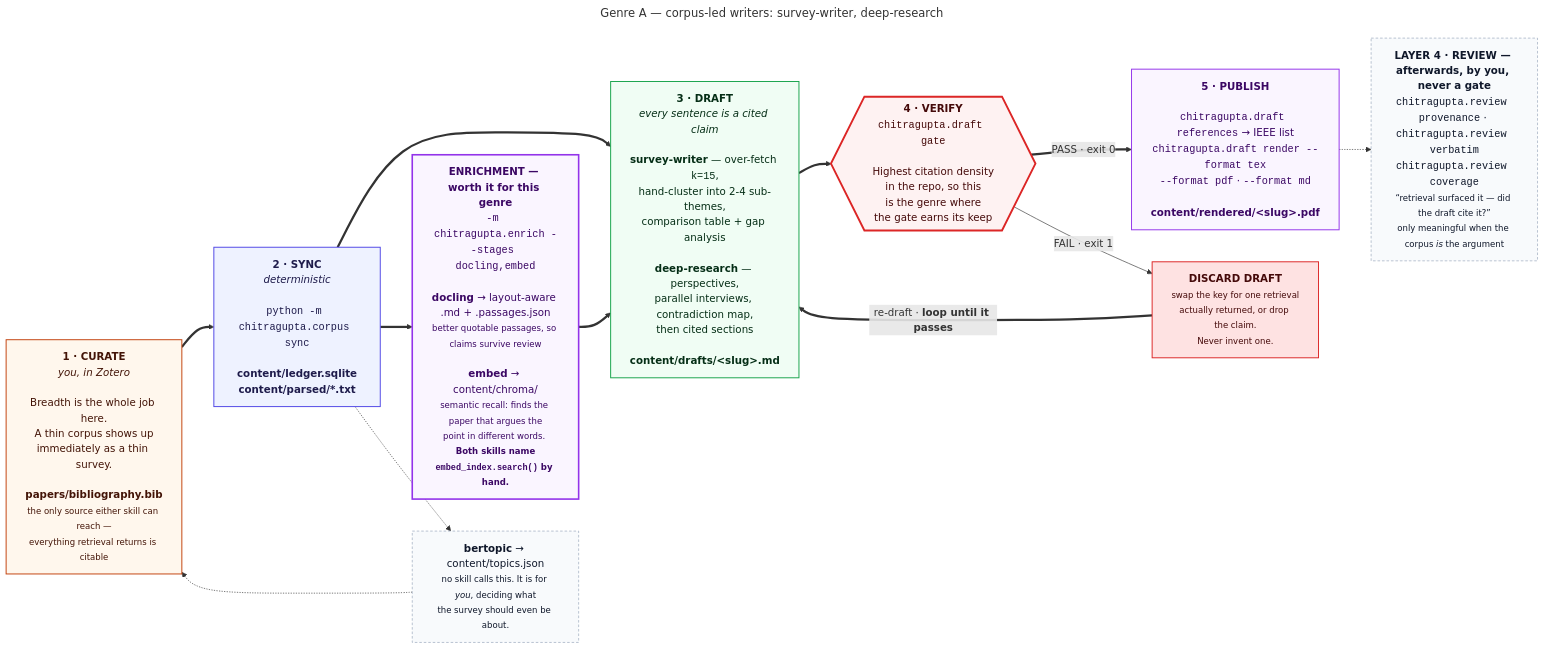
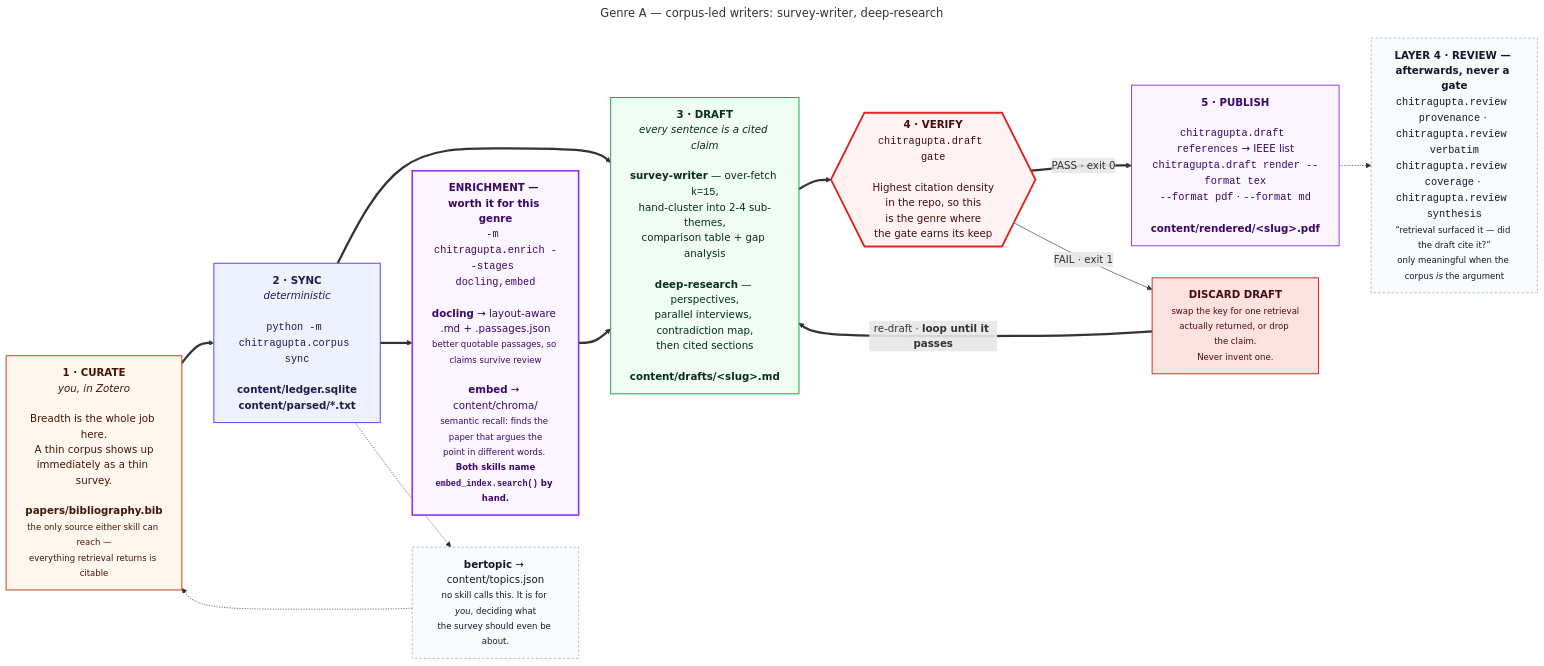
Before and after one commit to prasadtalasila/chitragupta: the diagram in docs/diagrams/g1-corpus-led.mmd, drawn with Mermaid. The commit also changed 44 other files, not shown here.

First line of the commit message:
Run the verbatim scan in all nine skills, and amend the never-automatic rule (#312)

```diff
--- a/docs/diagrams/g1-corpus-led.mmd
+++ b/docs/diagrams/g1-corpus-led.mmd
@@ -1,48 +1,48 @@
 ---
 title: "Genre A — corpus-led writers: survey-writer, deep-research"
 ---
 flowchart LR
 
   P0["<b>1 · CURATE</b><br/><i>you, in Zotero</i><br/><br/>Breadth is the whole job here.<br/>A thin corpus shows up<br/>immediately as a thin survey.<br/><br/><b>papers/bibliography.bib</b><br/><small>the only source either skill can reach —<br/>everything retrieval returns is citable</small>"]
 
   P1["<b>2 · SYNC</b><br/><i>deterministic</i><br/><br/><code>python -m chitragupta.corpus sync</code><br/><br/><b>content/ledger.sqlite</b><br/><b>content/parsed/*.txt</b>"]
 
   HEAVY["<b>ENRICHMENT — worth it for this genre</b><br/><code>-m chitragupta.enrich --stages docling,embed</code><br/><br/><b>docling</b> → layout-aware .md + .passages.json<br/><small>better quotable passages, so claims survive review</small><br/><br/><b>embed</b> → content/chroma/<br/><small>semantic recall: finds the paper that argues the<br/>point in different words. <b>Both skills name<br/><code>embed_index.search()</code> by hand.</b></small>"]
 
   P2["<b>3 · DRAFT</b><br/><i>every sentence is a cited claim</i><br/><br/><b>survey-writer</b> — over-fetch <code>k=15</code>,<br/>hand-cluster into 2-4 sub-themes,<br/>comparison table + gap analysis<br/><br/><b>deep-research</b> — perspectives,<br/>parallel interviews, contradiction map,<br/>then cited sections<br/><br/><b>content/drafts/&lt;slug&gt;.md</b>"]
 
   P3{{"<b>4 · VERIFY</b><br/><code>chitragupta.draft gate</code><br/><br/>Highest citation density<br/>in the repo, so this<br/>is the genre where<br/>the gate earns its keep"}}
 
   FIX["<b>DISCARD DRAFT</b><br/><small>swap the key for one retrieval<br/>actually returned, or drop the claim.<br/>Never invent one.</small>"]
 
   P4["<b>5 · PUBLISH</b><br/><br/><code>chitragupta.draft references</code> → IEEE list<br/><code>chitragupta.draft render --format tex</code><br/><code>--format pdf</code> · <code>--format md</code><br/><br/><b>content/rendered/&lt;slug&gt;.pdf</b>"]
 
-  AID["<b>LAYER 4 · REVIEW — afterwards, by you, never a gate</b><br/><code>chitragupta.review provenance</code> · <code>chitragupta.review verbatim</code><br/><code>chitragupta.review coverage</code><br/><small>“retrieval surfaced it — did the draft cite it?”<br/>only meaningful when the corpus <i>is</i> the argument</small>"]
+  AID["<b>LAYER 4 · REVIEW — afterwards, never a gate</b><br/><code>chitragupta.review provenance</code> · <code>chitragupta.review verbatim</code><br/><code>chitragupta.review coverage</code> · <code>chitragupta.review synthesis</code><br/><small>“retrieval surfaced it — did the draft cite it?”<br/>only meaningful when the corpus <i>is</i> the argument</small>"]
 
   BERT["<b>bertopic</b> → content/topics.json<br/><small>no skill calls this. It is for <i>you</i>, deciding what<br/>the survey should even be about.</small>"]
 
   P0 ==> P1 ==> P2 ==> P3
   P1 ==> HEAVY ==> P2
   P3 == "PASS · exit 0" ==> P4
   P3 -- "FAIL · exit 1" --> FIX
   FIX == "re-draft · <b>loop until it passes</b>" ==> P2
   P4 -.-> AID
   P1 -.-> BERT -.-> P0
 
   classDef you fill:#fff7ed,stroke:#c2410c,stroke-width:1.5px,color:#431407
   classDef det fill:#eef2ff,stroke:#4f46e5,stroke-width:1.5px,color:#1e1b4b
   classDef gen fill:#f0fdf4,stroke:#16a34a,stroke-width:1.5px,color:#052e16
   classDef gate fill:#fef2f2,stroke:#dc2626,stroke-width:3px,color:#450a0a
   classDef out fill:#faf5ff,stroke:#9333ea,stroke-width:1.5px,color:#3b0764
   classDef bad fill:#fee2e2,stroke:#dc2626,stroke-width:1.5px,color:#450a0a
   classDef heavy fill:#faf5ff,stroke:#9333ea,stroke-width:2.5px,color:#3b0764
   classDef aid fill:#f8fafc,stroke:#94a3b8,stroke-dasharray:4 3,color:#0f172a
 
   class P0 you
   class P1 det
   class P2 gen
   class P3 gate
   class P4 out
   class FIX bad
   class HEAVY heavy
   class AID,BERT aid
```
